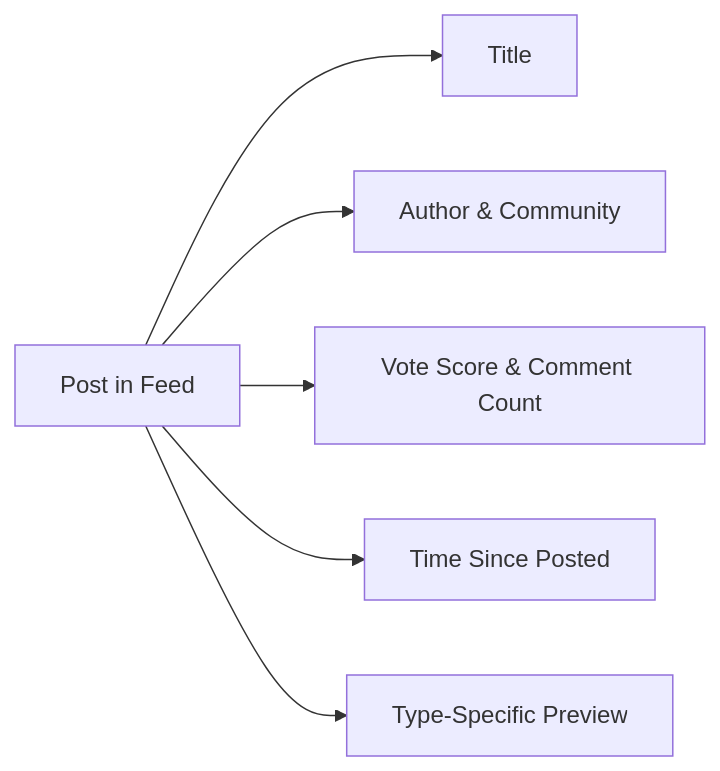
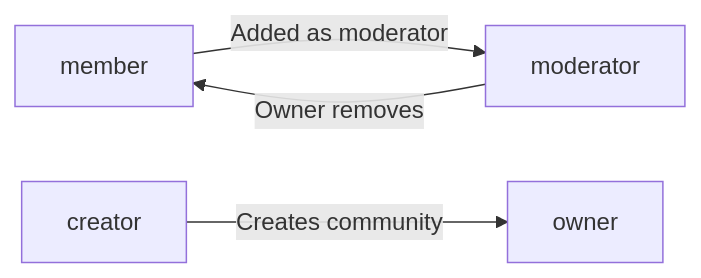
Before and after one commit to wrtnlabs/autobe-examples: the fifth of 5 diagrams in qwen/qwen3.5-397b-a17b/reddit/docs/analysis/02-domain-model.md, drawn with Mermaid. The commit also changed other lines of this file and 32093 other files, not shown here.

````diff
--- a/qwen/qwen3.5-397b-a17b/reddit/docs/analysis/02-domain-model.md
+++ b/qwen/qwen3.5-397b-a17b/reddit/docs/analysis/02-domain-model.md
@@ -163,8 +508,6 @@
 ```mermaid
 flowchart LR
-    A["Post in Feed"] --> B["Title"]
-    A --> C["Author & Community"]
-    A --> D["Vote Score & Comment Count"]
-    A --> E["Time Since Posted"]
-    A --> F["Type-Specific Preview"]
+    A["member"] -->|"Added as moderator"| B["moderator"]
+    B -->|"Owner removes"| A
+    C["creator"] -->|"Creates community"| D["owner"]
 ```
````
